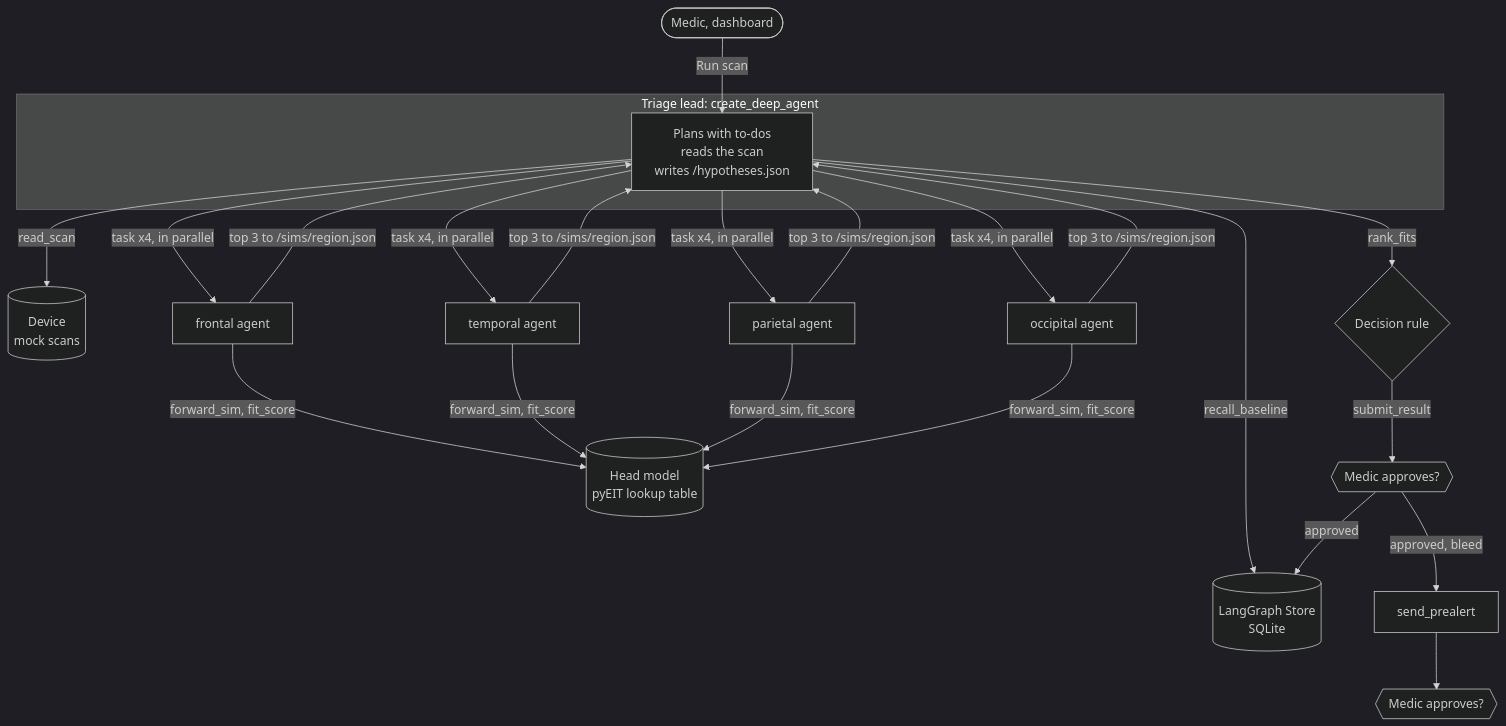
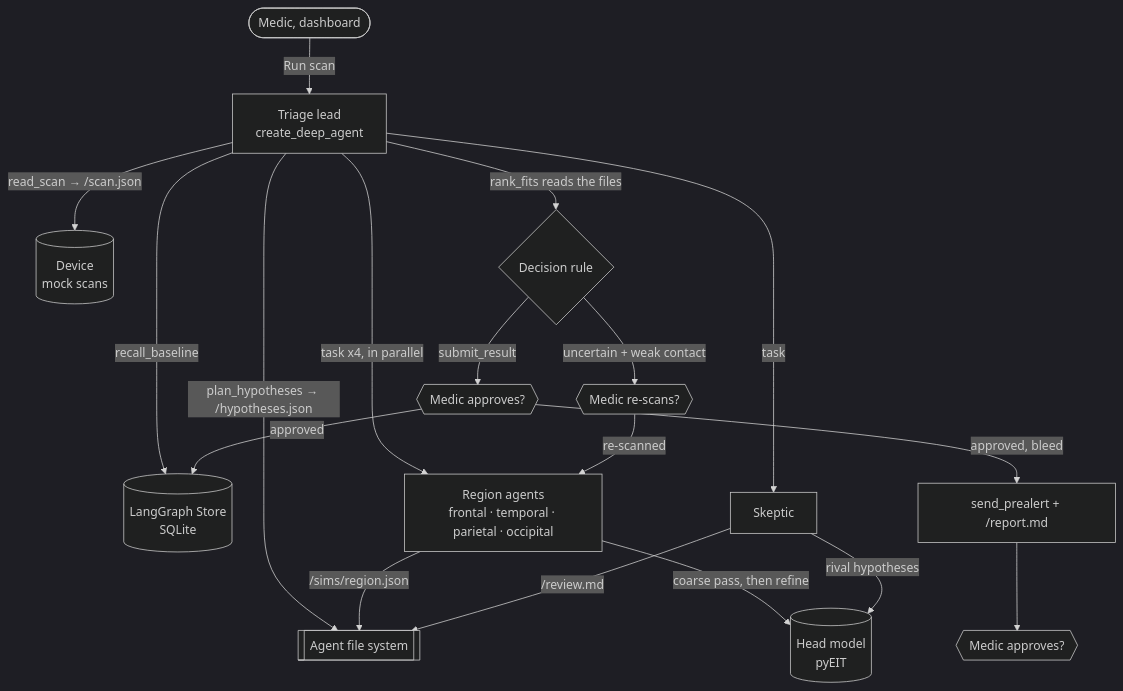
Before and after one commit to at350/hackprinceton-fall-2026: the diagram in agent/README.md, drawn with Mermaid (dark theme). The commit also changed other lines of this file and 1 other file, not shown here.

Commit message:
Agent: README and head-model skill for the new search

````diff
--- a/agent/README.md
+++ b/agent/README.md
@@ -30,17 +30,21 @@
 ```mermaid
 flowchart TD
     medic([Medic, dashboard]) -- "Run scan" --> lead
-    subgraph lead_box [Triage lead: create_deep_agent]
-        lead[Plans with to-dos<br/>reads the scan<br/>writes /hypotheses.json]
-    end
-    lead -- read_scan --> device[(Device<br/>mock scans)]
+    lead[Triage lead<br/>create_deep_agent]
+    lead -- "read_scan → /scan.json" --> device[(Device<br/>mock scans)]
     lead -- recall_baseline --> store[(LangGraph Store<br/>SQLite)]
-    lead -- "task x4, in parallel" --> F[frontal agent] & T[temporal agent] & P[parietal agent] & O[occipital agent]
-    F & T & P & O -- "forward_sim, fit_score" --> model[(Head model<br/>pyEIT lookup table)]
-    F & T & P & O -- "top 3 to /sims/region.json" --> lead
-    lead -- rank_fits --> rule{Decision rule}
-    rule -- submit_result --> gate1{{Medic approves?}}
-    gate1 -- "approved, bleed" --> pre[send_prealert]
-    pre --> gate2{{Medic approves?}}
-    gate1 -- approved --> store
+    lead -- "plan_hypotheses → /hypotheses.json" --> fs[[Agent file system]]
+    lead -- "task x4, in parallel" --> R["Region agents<br/>frontal · temporal · parietal · occipital"]
+    R -- "coarse pass, then refine" --> model[(Head model<br/>pyEIT)]
+    R -- "/sims/region.json" --> fs
+    lead -- "task" --> S[Skeptic]
+    S -- "rival hypotheses" --> model
+    S -- "/review.md" --> fs
+    lead -- "rank_fits reads the files" --> rule{Decision rule}
+    rule -- "uncertain + weak contact" --> g0{{Medic re-scans?}}
+    g0 -- "re-scanned" --> R
+    rule -- submit_result --> g1{{Medic approves?}}
+    g1 -- "approved, bleed" --> pre["send_prealert + /report.md"]
+    pre --> g2{{Medic approves?}}
+    g1 -- approved --> store
 ```
````
